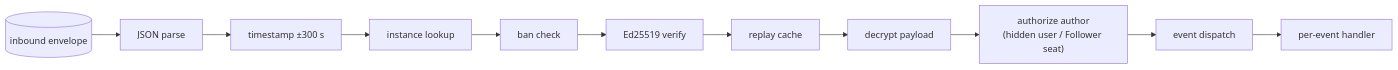
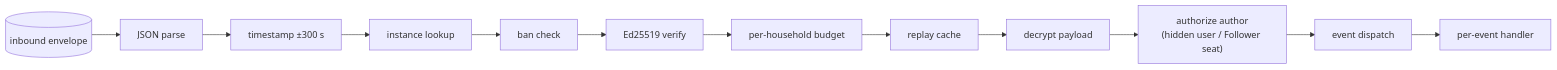
One commit to social-home-io/socialhome changed the second of 3 diagrams in docs/architecture.md. Above: the diagram before and after it, drawn with Mermaid. The commit also changed other lines of this file and 7 other files, not shown here.

Commit message:
Docs: the real per-household inbound limiter, raised relay and inbox limits, held relay frames

````diff
--- a/docs/architecture.md
+++ b/docs/architecture.md
@@ -668,14 +674,15 @@
 ```mermaid
 flowchart LR
     inbound[("inbound envelope")]
     inbound --> parse["JSON parse"]
     parse --> ts["timestamp ±300 s"]
     ts --> instance["instance lookup"]
     instance --> ban["ban check"]
     ban --> sig["Ed25519 verify"]
-    sig --> replay["replay cache"]
+    sig --> budget["per-household budget"]
+    budget --> replay["replay cache"]
     replay --> decrypt["decrypt payload"]
     decrypt --> authz["authorize author<br/>(hidden user / Follower seat)"]
     authz --> dispatch["event dispatch"]
     dispatch --> handler["per-event handler"]
 ```
````
